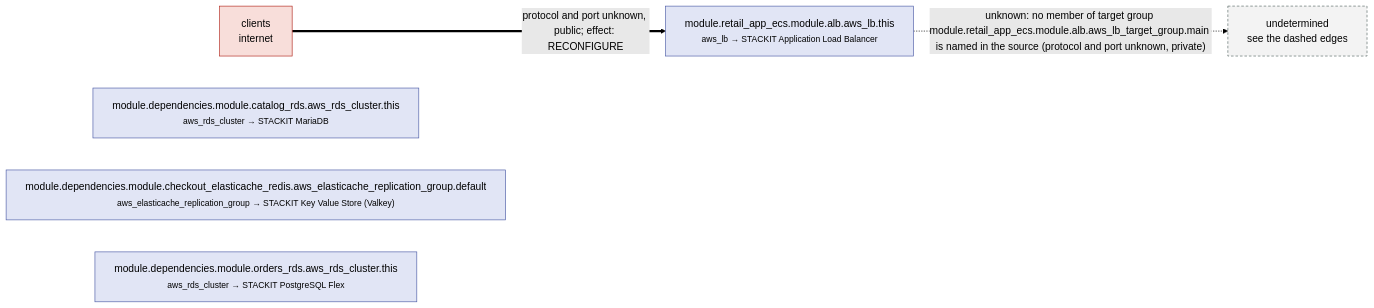
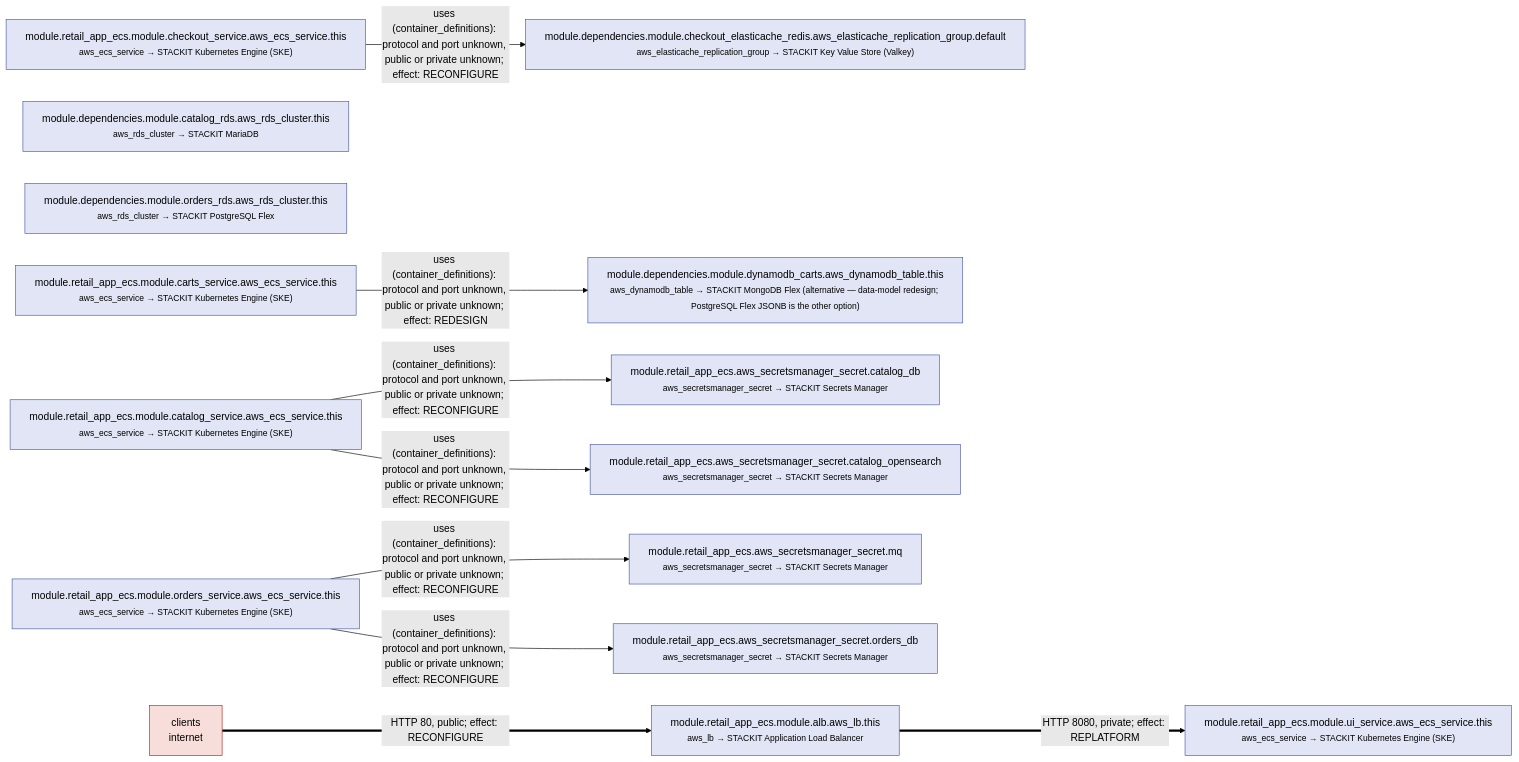
The diagram in examples/aws-retail-store/output/architecture/data-flows.mmd (stackToIT/stacktoit-examples), drawn with Mermaid (forest theme) before and after one commit. The commit also changed 147 other files, not shown here.

First line of the commit message:
Refresh the AWS Retail Store example from build 560ca88251

```diff
--- a/examples/aws-retail-store/output/architecture/data-flows.mmd
+++ b/examples/aws-retail-store/output/architecture/data-flows.mmd
@@ -1,20 +1,34 @@
 %% PROPOSAL — generated by StackToIT Assess. Architect review required before any decision.
-%% Run `f6267c3f-2848-4aa5-89df-5fee8b15b3b9` · source digest `sha256:812c5ae3f6cc8530163abbf5b6fbe305ed3b363c4886ec6b87623db857ea0c70`
+%% Run `80199dc3-8108-42fe-a0b9-030ac0f7777b` · source digest `sha256:5ce8b8f8868f3b3214b2dddebe87e3f04291bf5ceac46dc0d95624215d020000`
 %% What this view is: the data flows between the clients, load balancers, applications, databases, object storage and registries of the estate, drawn from the listeners and target groups of the source, the security group rules of the plans and the references the source configuration makes. Each flow says its protocol and port where the source states them, whether it is public or private, and the migration effect (the class the assessment gives the unit it ends in). What the source does not state is written unknown.
 %% The flows are the paths a listener or a rule permits, not observed traffic. A thick arrow is a flow a listener or rule states; a rule is drawn thick, public or private, only when the draft attaches the rule's group to the unit it filters (a network interface that lists the group, or an attachment the plan states), else the flow is dashed, public or private unknown, and says what the group is attached to in the draft; a thin arrow is a reference from an application to a unit it uses, whose protocol and port the source does not state; a dashed arrow is UNKNOWN. External systems appear only where a security group rule of the plans names them (an egress rule); no other input names an external system.
 %% Only AWS units are drawn. architecture/dependencies.mmd holds every unit and the dependencies among them.
-%% 5 managed service units that no flow touches are not drawn and not counted toward the 120 units above which this view is cut into partitions: module.dependencies.module.dynamodb_carts.aws_dynamodb_table.this, module.retail_app_ecs.aws_secretsmanager_secret.catalog_db, module.retail_app_ecs.aws_secretsmanager_secret.catalog_opensearch, module.retail_app_ecs.aws_secretsmanager_secret.mq, module.retail_app_ecs.aws_secretsmanager_secret.orders_db. architecture/dependencies.mmd holds every unit.
 flowchart LR
   n_clients_public["clients<br/>internet"]:::internet
   n_module_dependencies_module_catalog_rds_aws_rds_cluster_this["module.dependencies.module.catalog_rds.aws_rds_cluster.this<br/><small>aws_rds_cluster → STACKIT MariaDB</small>"]:::unit
   n_module_dependencies_module_checkout_elasticache_redis_aws_elasticache_replication_group_default["module.dependencies.module.checkout_elasticache_redis.aws_elasticache_replication_group.default<br/><small>aws_elasticache_replication_group → STACKIT Key Value Store (Valkey)</small>"]:::unit
+  n_module_dependencies_module_dynamodb_carts_aws_dynamodb_table_this["module.dependencies.module.dynamodb_carts.aws_dynamodb_table.this<br/><small>aws_dynamodb_table → STACKIT MongoDB Flex (alternative — data-model redesign; PostgreSQL Flex JSONB is the other option)</small>"]:::unit
   n_module_dependencies_module_orders_rds_aws_rds_cluster_this["module.dependencies.module.orders_rds.aws_rds_cluster.this<br/><small>aws_rds_cluster → STACKIT PostgreSQL Flex</small>"]:::unit
+  n_module_retail_app_ecs_aws_secretsmanager_secret_catalog_db["module.retail_app_ecs.aws_secretsmanager_secret.catalog_db<br/><small>aws_secretsmanager_secret → STACKIT Secrets Manager</small>"]:::unit
+  n_module_retail_app_ecs_aws_secretsmanager_secret_catalog_opensearch["module.retail_app_ecs.aws_secretsmanager_secret.catalog_opensearch<br/><small>aws_secretsmanager_secret → STACKIT Secrets Manager</small>"]:::unit
+  n_module_retail_app_ecs_aws_secretsmanager_secret_mq["module.retail_app_ecs.aws_secretsmanager_secret.mq<br/><small>aws_secretsmanager_secret → STACKIT Secrets Manager</small>"]:::unit
+  n_module_retail_app_ecs_aws_secretsmanager_secret_orders_db["module.retail_app_ecs.aws_secretsmanager_secret.orders_db<br/><small>aws_secretsmanager_secret → STACKIT Secrets Manager</small>"]:::unit
   n_module_retail_app_ecs_module_alb_aws_lb_this["module.retail_app_ecs.module.alb.aws_lb.this<br/><small>aws_lb → STACKIT Application Load Balancer</small>"]:::unit
-  n_unknown["undetermined<br/>see the dashed edges"]:::unknown
-  n_clients_public ==>|"protocol and port unknown, public; effect: RECONFIGURE"| n_module_retail_app_ecs_module_alb_aws_lb_this
-  n_module_retail_app_ecs_module_alb_aws_lb_this -.->|"unknown: no member of target group module.retail_app_ecs.module.alb.aws_lb_target_group.main is named in the source (protocol and port unknown, private)"| n_unknown
+  n_module_retail_app_ecs_module_carts_service_aws_ecs_service_this["module.retail_app_ecs.module.carts_service.aws_ecs_service.this<br/><small>aws_ecs_service → STACKIT Kubernetes Engine (SKE)</small>"]:::unit
+  n_module_retail_app_ecs_module_catalog_service_aws_ecs_service_this["module.retail_app_ecs.module.catalog_service.aws_ecs_service.this<br/><small>aws_ecs_service → STACKIT Kubernetes Engine (SKE)</small>"]:::unit
+  n_module_retail_app_ecs_module_checkout_service_aws_ecs_service_this["module.retail_app_ecs.module.checkout_service.aws_ecs_service.this<br/><small>aws_ecs_service → STACKIT Kubernetes Engine (SKE)</small>"]:::unit
+  n_module_retail_app_ecs_module_orders_service_aws_ecs_service_this["module.retail_app_ecs.module.orders_service.aws_ecs_service.this<br/><small>aws_ecs_service → STACKIT Kubernetes Engine (SKE)</small>"]:::unit
+  n_module_retail_app_ecs_module_ui_service_aws_ecs_service_this["module.retail_app_ecs.module.ui_service.aws_ecs_service.this<br/><small>aws_ecs_service → STACKIT Kubernetes Engine (SKE)</small>"]:::unit
+  n_clients_public ==>|"HTTP 80, public; effect: RECONFIGURE"| n_module_retail_app_ecs_module_alb_aws_lb_this
+  n_module_retail_app_ecs_module_alb_aws_lb_this ==>|"HTTP 8080, private; effect: REPLATFORM"| n_module_retail_app_ecs_module_ui_service_aws_ecs_service_this
+  n_module_retail_app_ecs_module_carts_service_aws_ecs_service_this -->|"uses (container_definitions): protocol and port unknown, public or private unknown; effect: REDESIGN"| n_module_dependencies_module_dynamodb_carts_aws_dynamodb_table_this
+  n_module_retail_app_ecs_module_catalog_service_aws_ecs_service_this -->|"uses (container_definitions): protocol and port unknown, public or private unknown; effect: RECONFIGURE"| n_module_retail_app_ecs_aws_secretsmanager_secret_catalog_db
+  n_module_retail_app_ecs_module_catalog_service_aws_ecs_service_this -->|"uses (container_definitions): protocol and port unknown, public or private unknown; effect: RECONFIGURE"| n_module_retail_app_ecs_aws_secretsmanager_secret_catalog_opensearch
+  n_module_retail_app_ecs_module_checkout_service_aws_ecs_service_this -->|"uses (container_definitions): protocol and port unknown, public or private unknown; effect: RECONFIGURE"| n_module_dependencies_module_checkout_elasticache_redis_aws_elasticache_replication_group_default
+  n_module_retail_app_ecs_module_orders_service_aws_ecs_service_this -->|"uses (container_definitions): protocol and port unknown, public or private unknown; effect: RECONFIGURE"| n_module_retail_app_ecs_aws_secretsmanager_secret_mq
+  n_module_retail_app_ecs_module_orders_service_aws_ecs_service_this -->|"uses (container_definitions): protocol and port unknown, public or private unknown; effect: RECONFIGURE"| n_module_retail_app_ecs_aws_secretsmanager_secret_orders_db
   classDef unit fill:#e1e5f5,stroke:#4b5ba6
   classDef synthetic fill:#f3f3f3,stroke:#566663
   classDef unknown fill:#f3f3f3,stroke:#566663,stroke-dasharray:4 3
   classDef manual fill:#f6e7cf,stroke:#a8650c
   classDef internet fill:#f8deda,stroke:#b1261b
```
